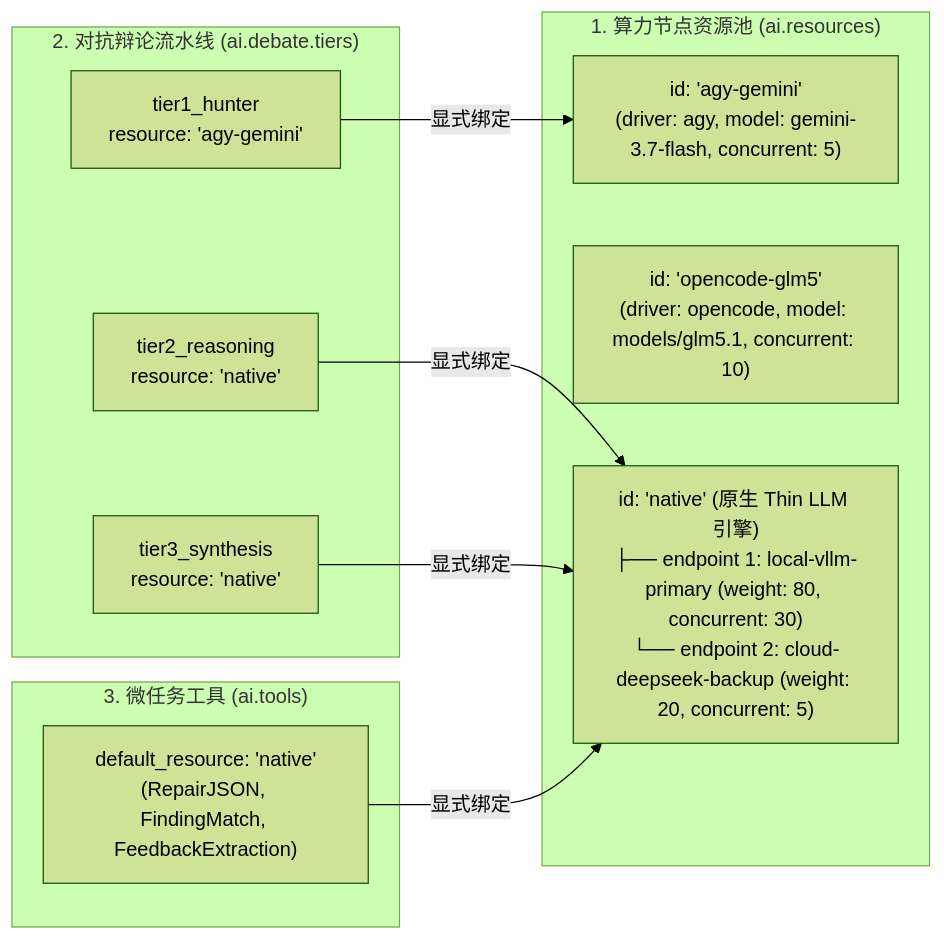
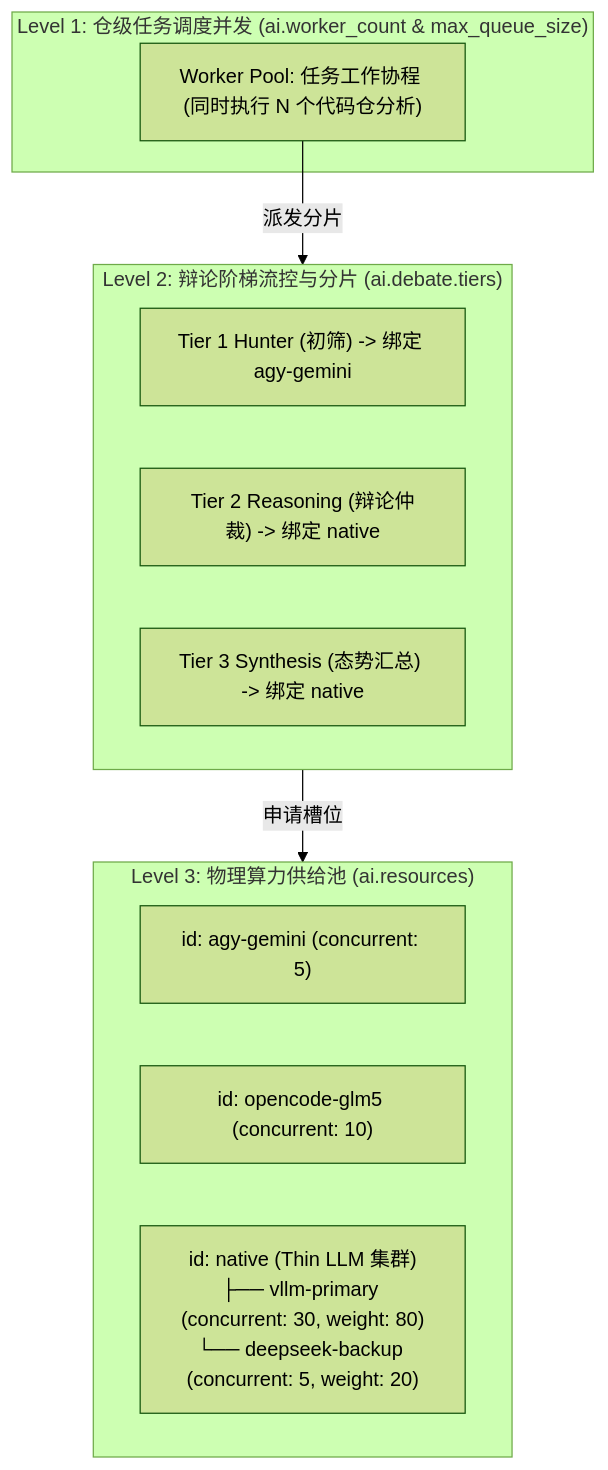
One commit to fugui/code-shield changed the second of 3 diagrams in docs/native-llm-architecture/02-CodeShield-AI执行引擎与企业治理配置架构优化设计.md. Above: the diagram before and after it, drawn with Mermaid (forest theme). The commit also changed other lines of this file, not shown here.

````diff
--- a/docs/native-llm-architecture/02-CodeShield-AI执行引擎与企业治理配置架构优化设计.md
+++ b/docs/native-llm-architecture/02-CodeShield-AI执行引擎与企业治理配置架构优化设计.md
@@ -60,23 +63,21 @@
 ```mermaid
-graph LR
-    subgraph Layer1 ["1. 算力节点资源池 (ai.resources)"]
-        R1["id: 'agy-gemini'<br/>(driver: agy, model: gemini-3.7-flash, concurrent: 5)"]
-        R2["id: 'opencode-glm5'<br/>(driver: opencode, model: models/glm5.1, concurrent: 10)"]
-        R_Native["id: 'native' (原生 Thin LLM 引擎)<br/>├── endpoint 1: local-vllm-primary (weight: 80, concurrent: 30)<br/>└── endpoint 2: cloud-deepseek-backup (weight: 20, concurrent: 5)"]
+graph TD
+    subgraph Layer1 ["Level 1: 仓级任务调度并发 (ai.worker_count & max_queue_size)"]
+        W1["Worker Pool: 任务工作协程 (同时执行 N 个代码仓分析)"]
     end
 
-    subgraph Layer2 ["2. 对抗辩论流水线 (ai.debate.tiers)"]
-        T1["tier1_hunter<br/>resource: 'agy-gemini'"]
-        T2["tier2_reasoning<br/>resource: 'native'"]
-        T3["tier3_synthesis<br/>resource: 'native'"]
+    subgraph Layer2 ["Level 2: 辩论阶梯流控与分片 (ai.debate.tiers)"]
+        T1["Tier 1 Hunter (初筛) -> 绑定 agy-gemini"]
+        T2["Tier 2 Reasoning (辩论仲裁) -> 绑定 native"]
+        T3["Tier 3 Synthesis (态势汇总) -> 绑定 native"]
     end
 
-    subgraph Layer3 ["3. 微任务工具 (ai.tools)"]
-        Tools["default_resource: 'native'<br/>(RepairJSON, FindingMatch, FeedbackExtraction)"]
+    subgraph Layer3 ["Level 3: 物理算力供给池 (ai.resources)"]
+        R1["id: agy-gemini (concurrent: 5)"]
+        R2["id: opencode-glm5 (concurrent: 10)"]
+        R_Native["id: native (Thin LLM 集群)<br/>├── vllm-primary (concurrent: 30, weight: 80)<br/>└── deepseek-backup (concurrent: 5, weight: 20)"]
     end
 
-    T1 -->|显式绑定| R1
-    T2 -->|显式绑定| R_Native
-    T3 -->|显式绑定| R_Native
-    Tools -->|显式绑定| R_Native
+    W1 -->|派发分片| Layer2
+    Layer2 -->|申请槽位| Layer3
 ```
````
